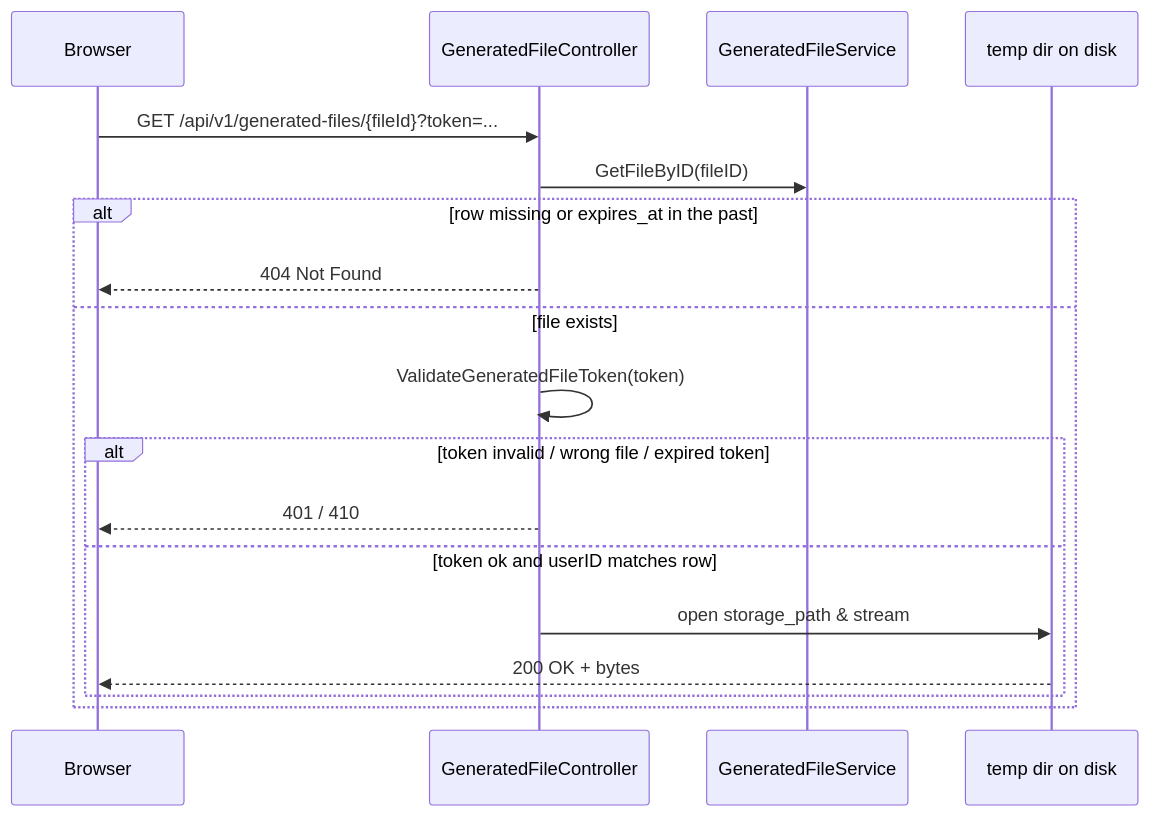
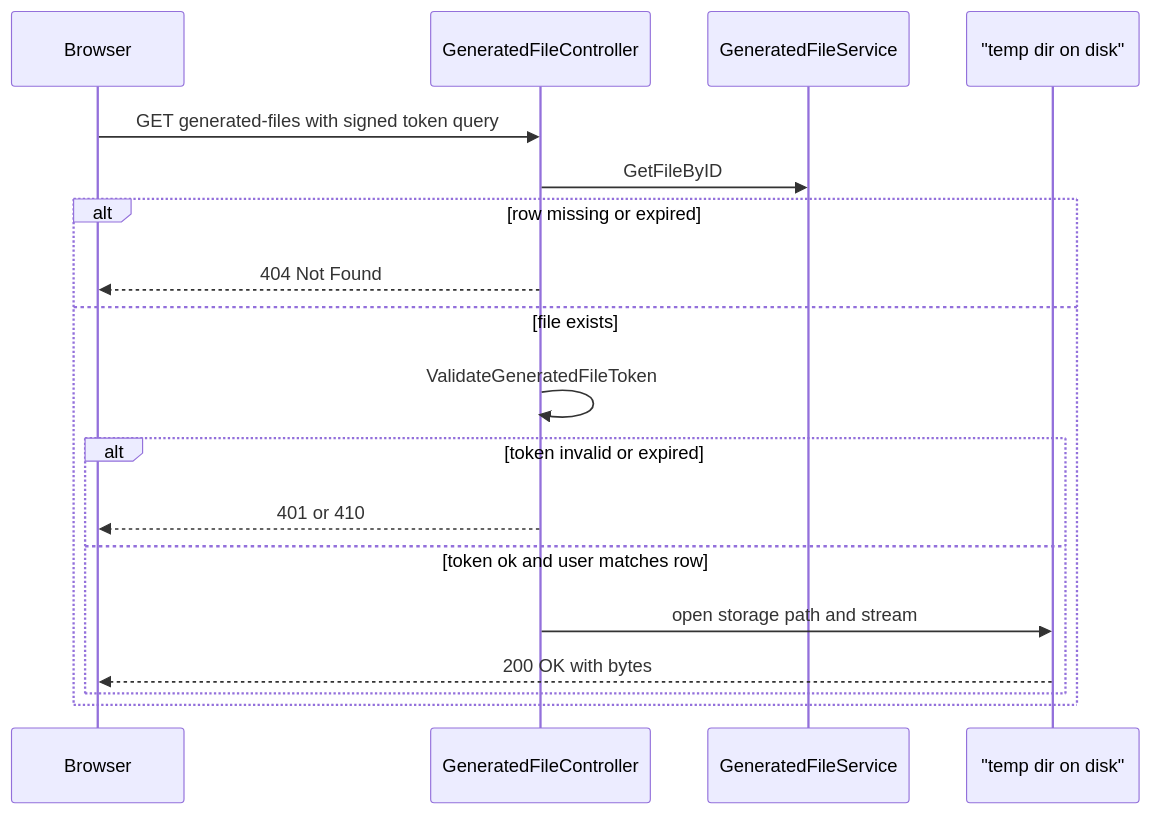
Before and after one commit to Netcracker/qubership-apihub-backend: the third of 3 diagrams in docs/feature_design/ai_assistant/feature-ai-chat-design.md, drawn with Mermaid. The commit also changed other lines of this file and 26 other files, not shown here.

````diff
--- a/docs/feature_design/ai_assistant/feature-ai-chat-design.md
+++ b/docs/feature_design/ai_assistant/feature-ai-chat-design.md
@@ -174,21 +174,21 @@
 ```mermaid
 sequenceDiagram
     participant Browser
     participant Ctrl as GeneratedFileController
     participant GF as GeneratedFileService
-    participant FS as temp dir on disk
+    participant FS as "temp dir on disk"
 
-    Browser->>Ctrl: GET /api/v1/generated-files/{fileId}?token=...
-    Ctrl->>GF: GetFileByID(fileID)
-    alt row missing or expires_at in the past
+    Browser->>Ctrl: GET generated-files with signed token query
+    Ctrl->>GF: GetFileByID
+    alt row missing or expired
         Ctrl-->>Browser: 404 Not Found
     else file exists
-        Ctrl->>Ctrl: ValidateGeneratedFileToken(token)
-        alt token invalid / wrong file / expired token
-            Ctrl-->>Browser: 401 / 410
-        else token ok and userID matches row
-            Ctrl->>FS: open storage_path & stream
-            FS-->>Browser: 200 OK + bytes
+        Ctrl->>Ctrl: ValidateGeneratedFileToken
+        alt token invalid or expired
+            Ctrl-->>Browser: 401 or 410
+        else token ok and user matches row
+            Ctrl->>FS: open storage path and stream
+            FS-->>Browser: 200 OK with bytes
         end
     end
 ```
````
